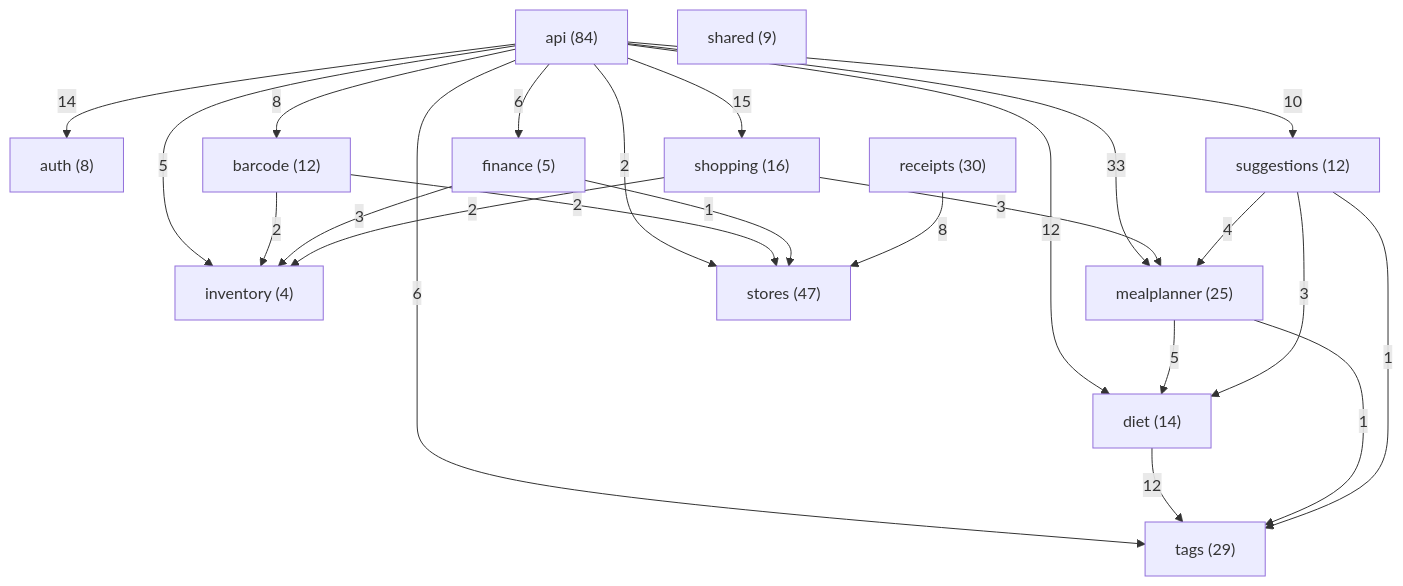
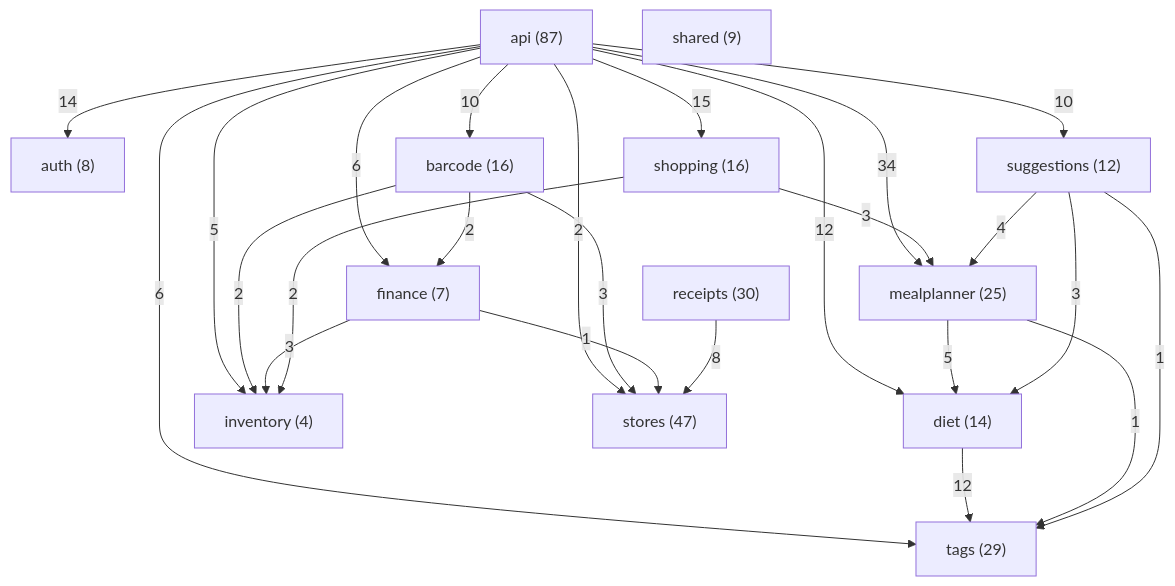
Before and after one commit to Nate-ryan-7690/dahaem: the diagram in docs/classes/README.md, drawn with Mermaid. The commit also changed other lines of this file and 6 other files, not shown here.

````diff
--- a/docs/classes/README.md
+++ b/docs/classes/README.md
@@ -9,39 +9,40 @@
 ```mermaid
 flowchart TD
-    api["api (84)"]
+    api["api (87)"]
     auth["auth (8)"]
-    barcode["barcode (12)"]
+    barcode["barcode (16)"]
     diet["diet (14)"]
-    finance["finance (5)"]
+    finance["finance (7)"]
     inventory["inventory (4)"]
     mealplanner["mealplanner (25)"]
     receipts["receipts (30)"]
     shared["shared (9)"]
     shopping["shopping (16)"]
     stores["stores (47)"]
     suggestions["suggestions (12)"]
     tags["tags (29)"]
     api -->|14| auth
-    api -->|8| barcode
+    api -->|10| barcode
     api -->|12| diet
     api -->|6| finance
     api -->|5| inventory
-    api -->|33| mealplanner
+    api -->|34| mealplanner
     api -->|15| shopping
     api -->|2| stores
     api -->|10| suggestions
     api -->|6| tags
+    barcode -->|2| finance
     barcode -->|2| inventory
-    barcode -->|2| stores
+    barcode -->|3| stores
     diet -->|12| tags
     finance -->|3| inventory
     finance -->|1| stores
     mealplanner -->|5| diet
     mealplanner -->|1| tags
     receipts -->|8| stores
     shopping -->|2| inventory
     shopping -->|3| mealplanner
     suggestions -->|3| diet
     suggestions -->|4| mealplanner
     suggestions -->|1| tags
 ```
````
